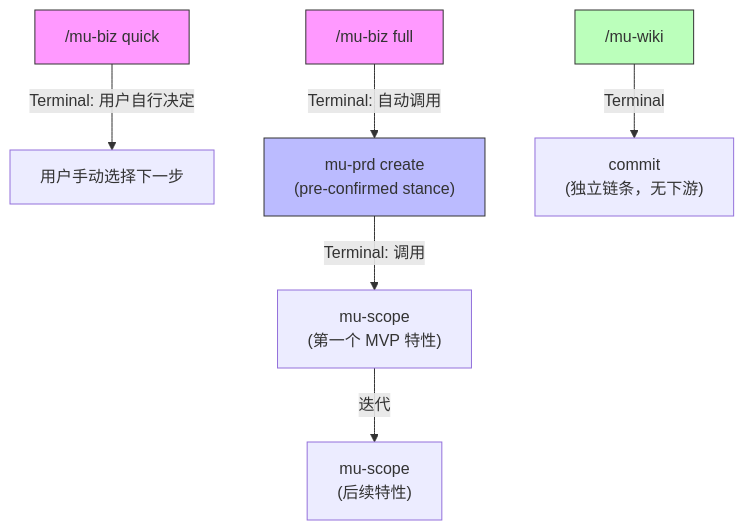
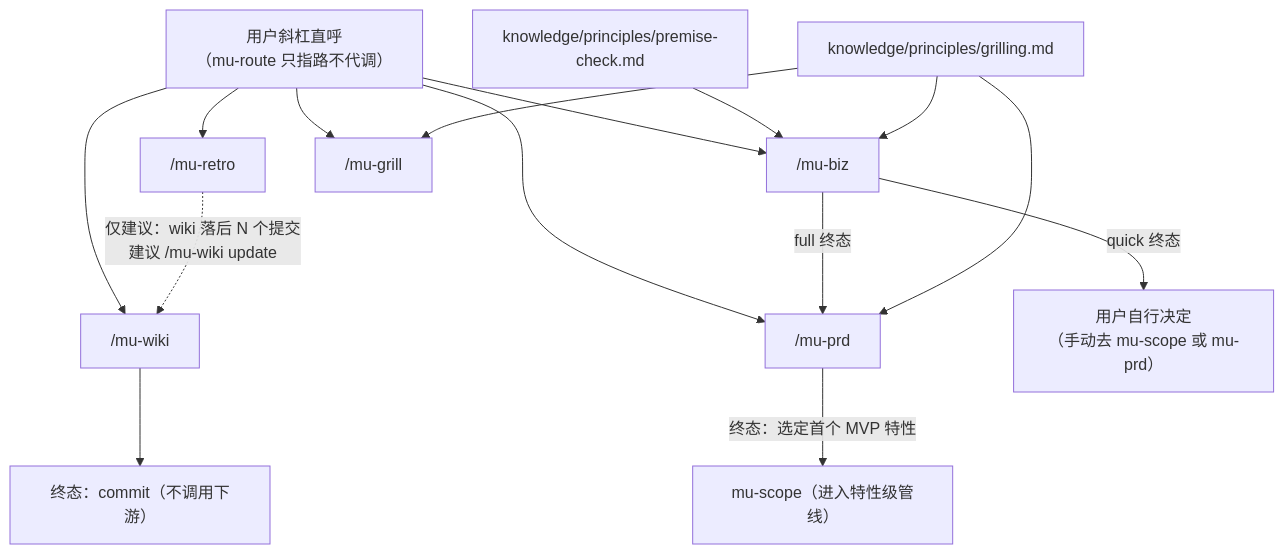
One commit to knotmark-ai/devmuse changed the diagram in docs/wiki/on-demand-skills.md. Above: the diagram before and after it, drawn with Mermaid. The commit also changed other lines of this file and 23 other files, not shown here.

First line of the commit message:
docs(wiki): full rebuild — 12-page structure at 1.1.0 baseline

````diff
--- a/docs/wiki/on-demand-skills.md
+++ b/docs/wiki/on-demand-skills.md
@@ -175,13 +34,20 @@
 ```mermaid
 graph TD
-    BIZ_Q["/mu-biz quick"] --> |Terminal: 用户自行决定| USER_DECIDE["用户手动选择下一步"]
-    BIZ_F["/mu-biz full"] --> |Terminal: 自动调用| PRD["mu-prd create\n(pre-confirmed stance)"]
-    PRD --> |Terminal: 调用| SCOPE["mu-scope\n(第一个 MVP 特性)"]
-    SCOPE --> |迭代| SCOPE_N["mu-scope\n(后续特性)"]
-    WIKI["/mu-wiki"] --> |Terminal| COMMIT["commit\n(独立链条，无下游)"]
+    U["用户斜杠直呼<br/>（mu-route 只指路不代调）"] --> BIZ["/mu-biz"]
+    U --> PRD["/mu-prd"]
+    U --> WIKI["/mu-wiki"]
+    U --> RETRO["/mu-retro"]
+    U --> GRILL["/mu-grill"]
 
-    style BIZ_Q fill:#f9f,stroke:#333
-    style BIZ_F fill:#f9f,stroke:#333
-    style PRD fill:#bbf,stroke:#333
-    style WIKI fill:#bfb,stroke:#333
+    BIZ -->|quick 终态| UD["用户自行决定<br/>（手动去 mu-scope 或 mu-prd）"]
+    BIZ -->|full 终态| PRD
+    PRD -->|终态：选定首个 MVP 特性| SCOPE["mu-scope（进入特性级管线）"]
+
+    RETRO -.->|"仅建议：wiki 落后 N 个提交<br/>建议 /mu-wiki update"| WIKI
+    WIKI --> COMMIT["终态：commit（不调用下游）"]
+
+    PC["knowledge/principles/premise-check.md"] --> BIZ
+    G["knowledge/principles/grilling.md"] --> BIZ
+    G --> PRD
+    G --> GRILL
 ```
````
